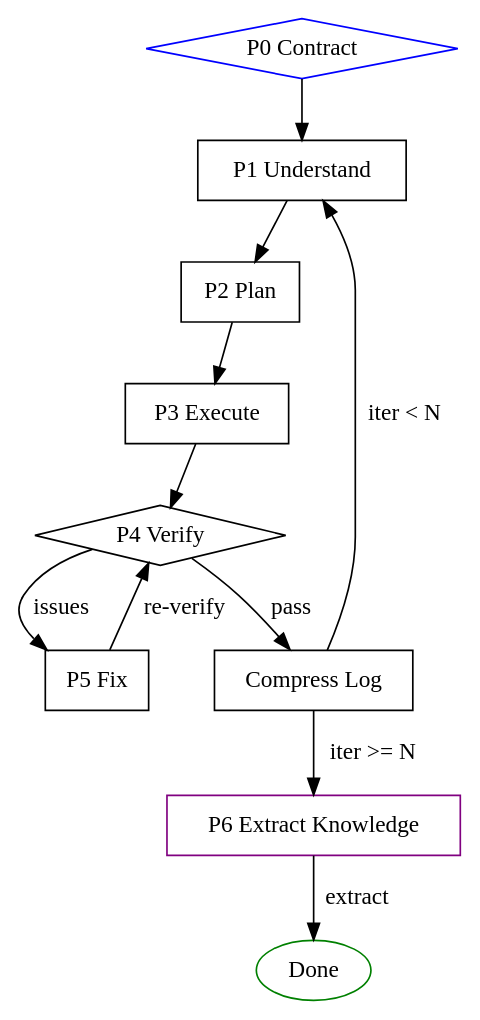
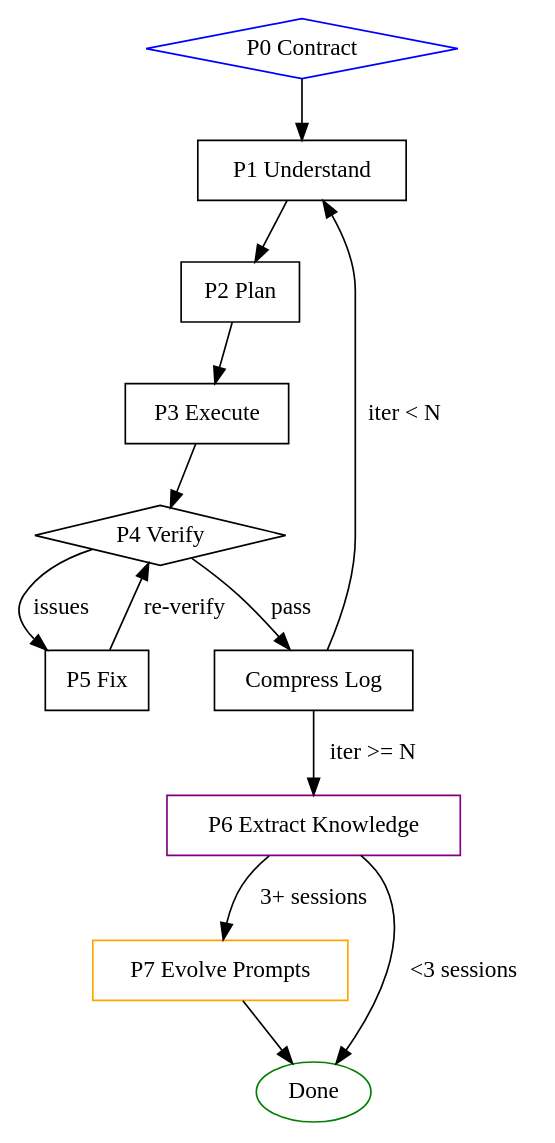
One commit to APX103/e-skills changed the diagram in skills/build/SKILL.md. Above: the diagram before and after it, drawn with Graphviz. The commit also changed other lines of this file and 3 other files, not shown here.

````diff
--- a/skills/build/SKILL.md
+++ b/skills/build/SKILL.md
@@ -49,16 +56,19 @@
 ```dot
 digraph { rankdir=TB; node[shape=box];
   P0[shape=diamond label="P0 Contract" color=blue];
   P1[label="P1 Understand"]; P2[label="P2 Plan"];
   P3[label="P3 Execute"]; P4[shape=diamond label="P4 Verify"];
   P5[label="P5 Fix"]; CL[label="Compress Log"];
   P6[label="P6 Extract Knowledge" color=purple];
+  P7[label="P7 Evolve Prompts" color=orange];
   Done[shape=oval label="Done" color=green];
   P0->P1->P2->P3->P4;
   P4->P5[label="issues"]; P5->P4[label="re-verify"];
   P4->CL[label="pass"];
   CL->P1[label="iter < N"];
   CL->P6[label="iter >= N"];
-  P6->Done[label="extract"];
+  P6->P7[label="3+ sessions"];
+  P6->Done[label="<3 sessions"];
+  P7->Done;
 }
 ```
````
